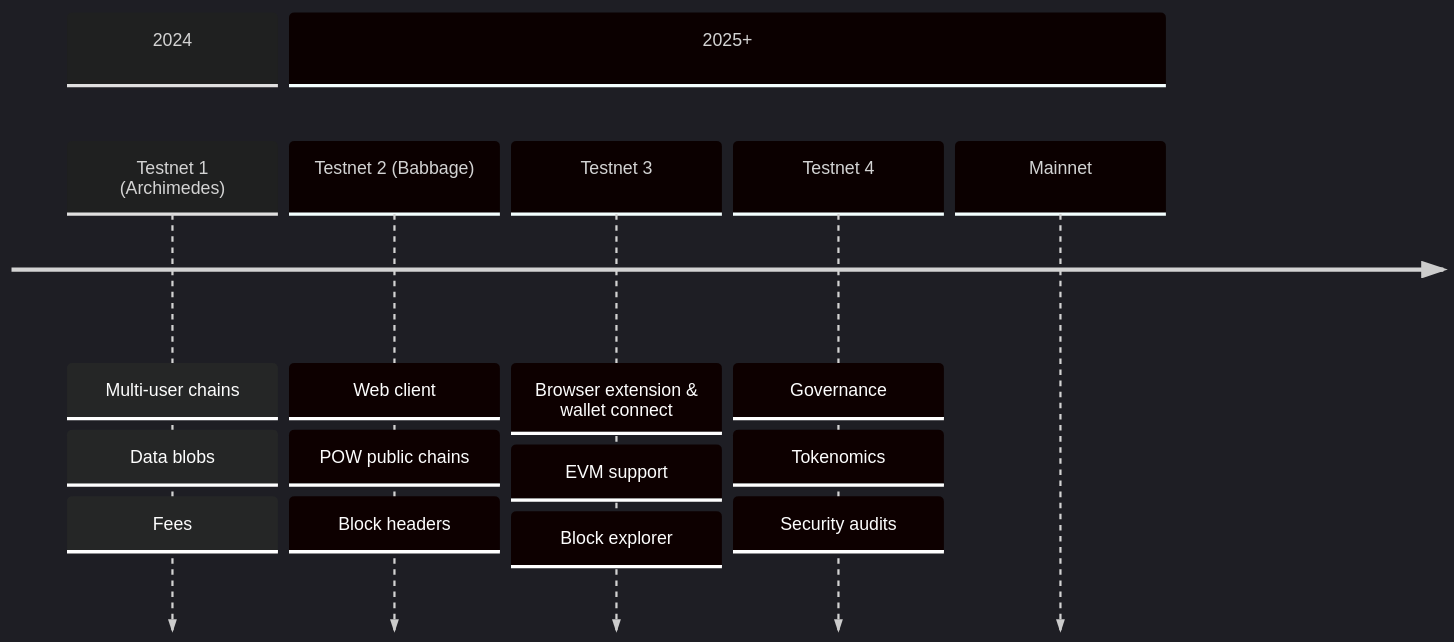
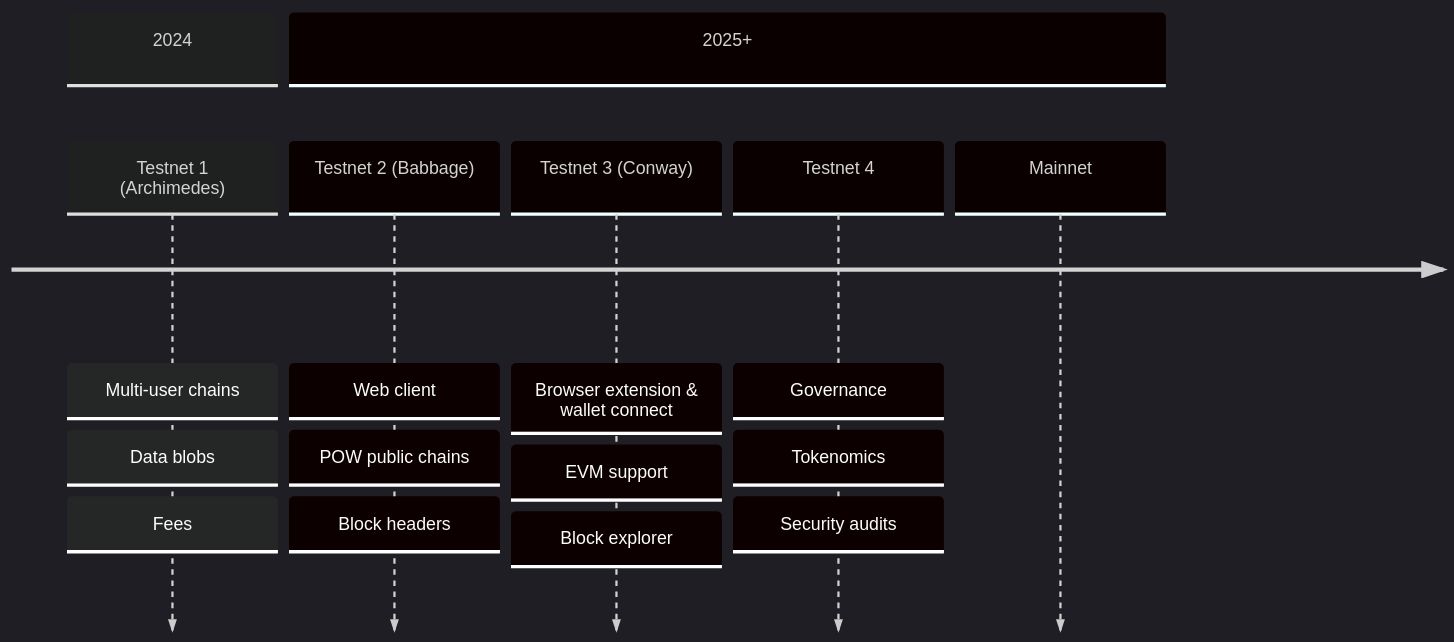
The diagram in src/protocol/roadmap.md (linera-io/linera-documentation), drawn with Mermaid before and after one commit. The commit also changed other lines of this file and 6 other files, not shown here.

First line of the commit message:
Update documentation for Conway testnet with Caddy and improved deploy process (#240)

````diff
--- a/src/protocol/roadmap.md
+++ b/src/protocol/roadmap.md
@@ -7,19 +7,19 @@
 ```mermaid
 %%{init: { 'logLevel': 'debug', 'theme': 'dark' } }%%
 timeline
     section 2024
       Testnet 1 (Archimedes): Multi-user chains
                             : Data blobs
                             : Fees
     section 2025+
       Testnet 2 (Babbage): Web client
                : POW public chains
                : Block headers
-      Testnet 3: Browser extension & wallet connect
+      Testnet 3 (Conway): Browser extension & wallet connect
                : EVM support
                : Block explorer
       Testnet 4: Governance
                : Tokenomics
                : Security audits
       Mainnet
 ```
````
